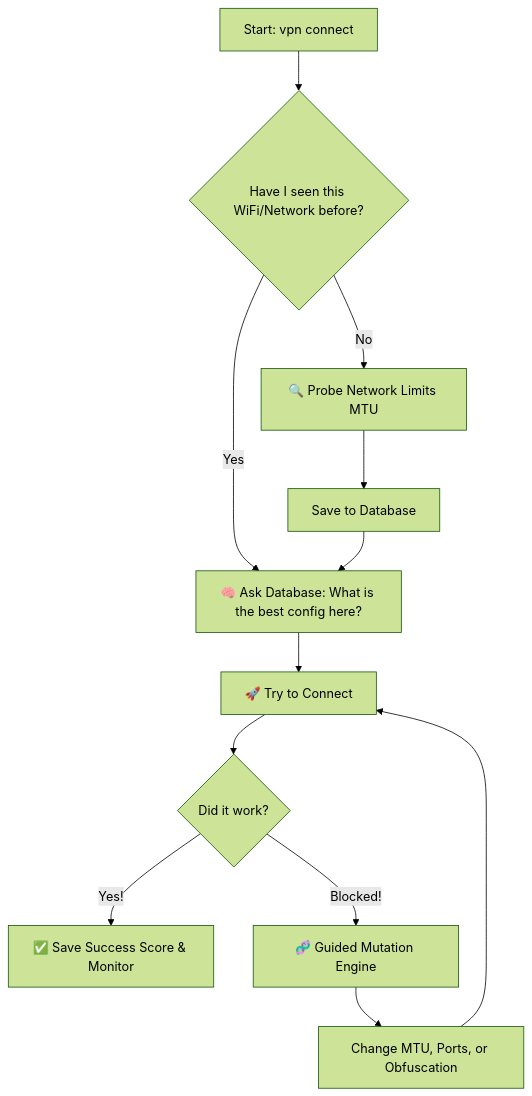
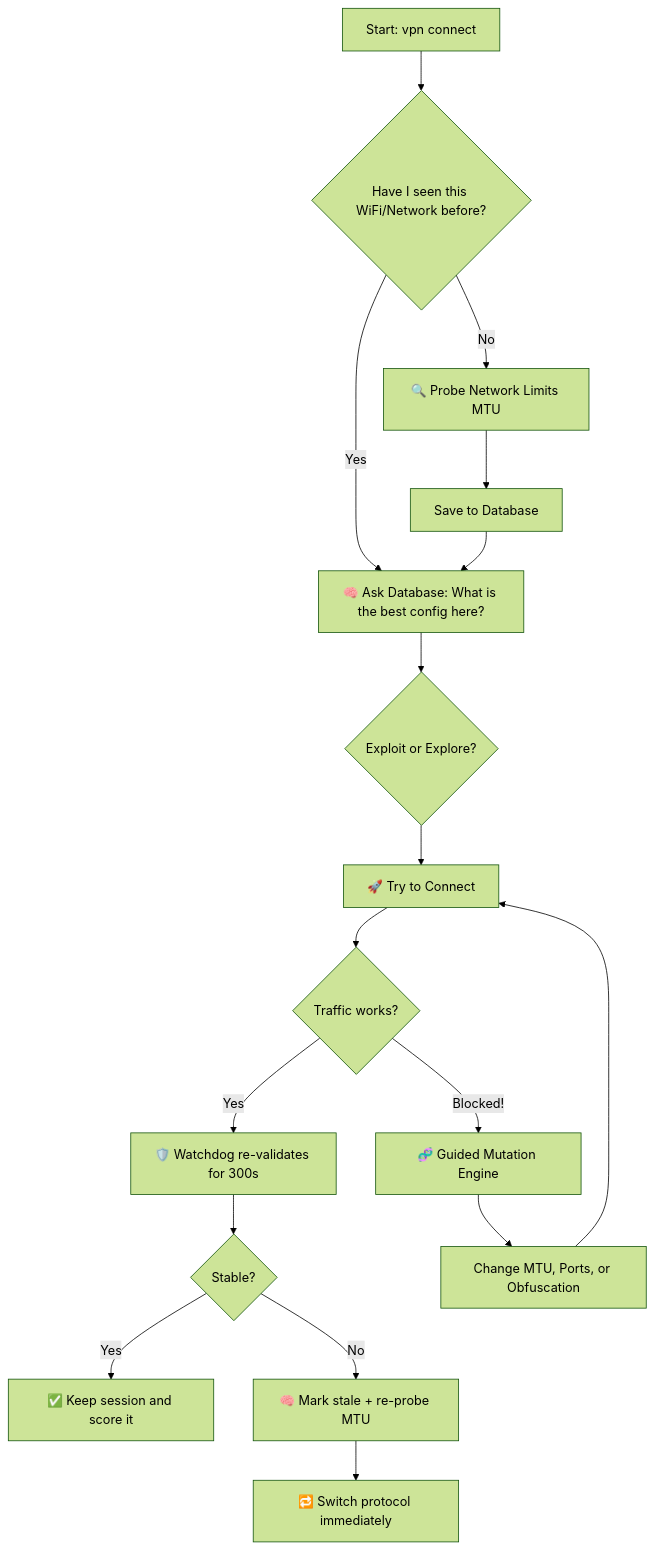
Before and after one commit to artplay254/vpn-agent: the diagram in README.md, drawn with Mermaid (forest theme). The commit also changed other lines of this file and 5 other files, not shown here.

````diff
--- a/README.md
+++ b/README.md
@@ -13,19 +15,24 @@
 ```mermaid
 graph TD
     A[Start: vpn connect] --> B{Have I seen this WiFi/Network before?}
-    
+
     B -- No --> C[🔍 Probe Network Limits MTU]
     C --> D[Save to Database]
-    
+
     B -- Yes --> E[🧠 Ask Database: What is the best config here?]
     D --> E
-    
-    E --> F[🚀 Try to Connect]
-    F --> G{Did it work?}
-    
-    G -- Yes! --> H[✅ Save Success Score & Monitor]
-    G -- Blocked! --> I[🧬 Guided Mutation Engine]
-    
-    I --> J[Change MTU, Ports, or Obfuscation]
-    J --> F
+
+    E --> F{Exploit or Explore?}
+    F --> G[🚀 Try to Connect]
+    G --> H{Traffic works?}
+
+    H -- Yes --> I[🛡️ Watchdog re-validates for 300s]
+    I --> J{Stable?}
+    J -- Yes --> K[✅ Keep session and score it]
+    J -- No --> L[🧠 Mark stale + re-probe MTU]
+    L --> M[🔁 Switch protocol immediately]
+
+    H -- Blocked! --> N[🧬 Guided Mutation Engine]
+    N --> O[Change MTU, Ports, or Obfuscation]
+    O --> G
 ```
````
